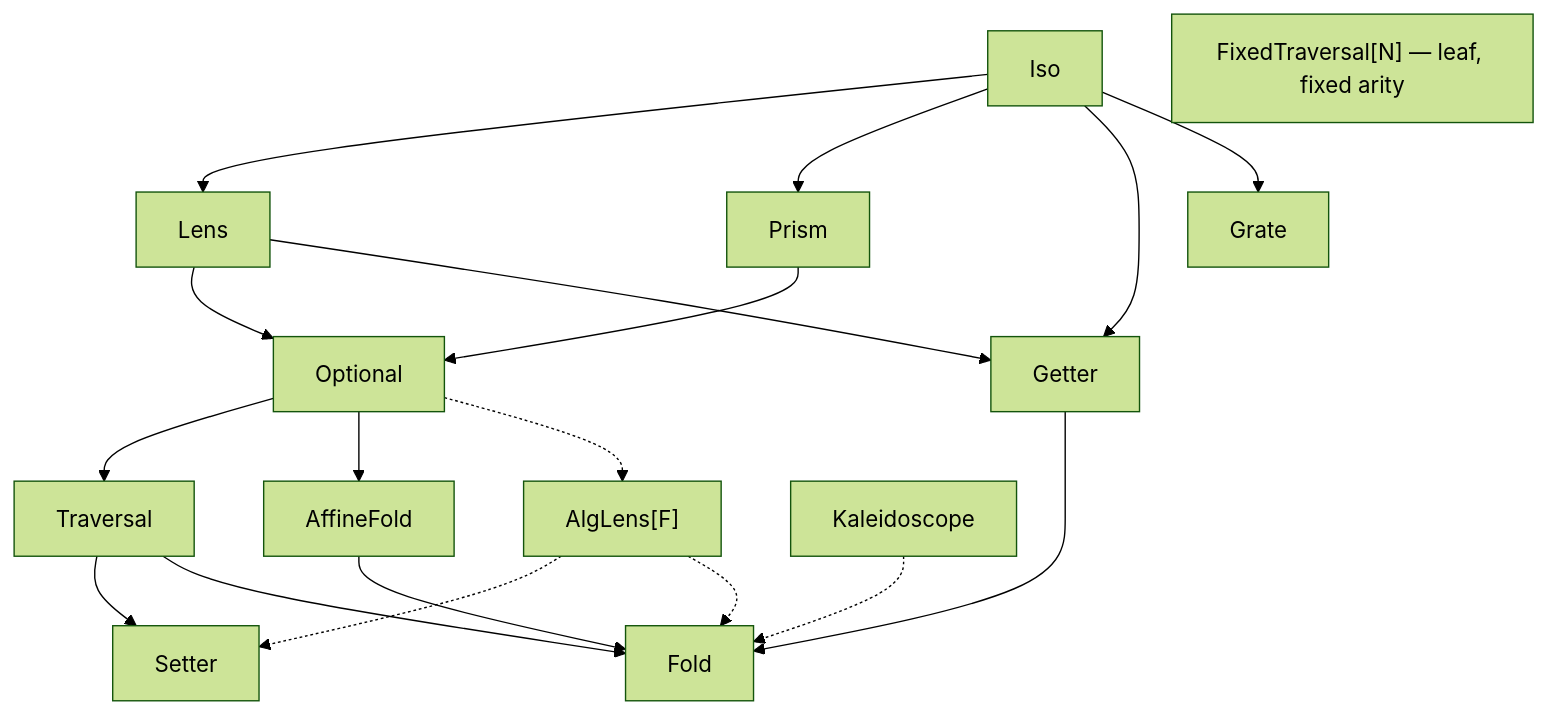
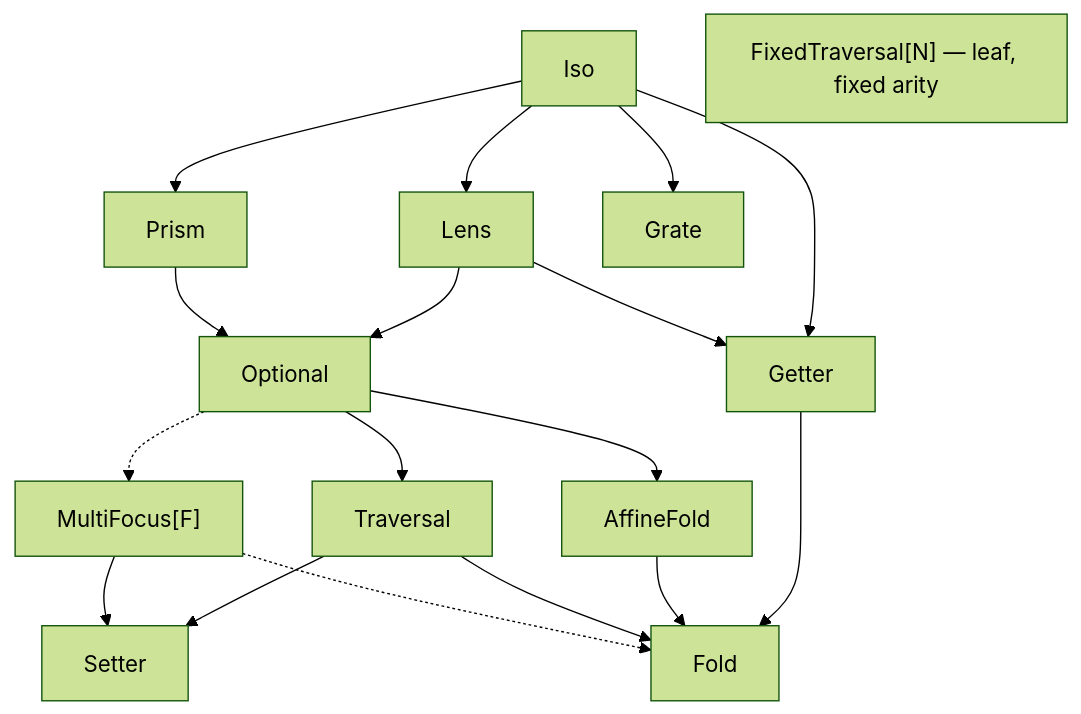
Before and after one commit to Constructive-Programming/eo: the diagram in site/docs/optics.md, drawn with Mermaid (forest theme). The commit also changed other lines of this file and 9 other files, not shown here.

First line of the commit message:
docs(multifocus): collapse AlgLens + Kaleidoscope sections; update lattice + cookbook

````diff
--- a/site/docs/optics.md
+++ b/site/docs/optics.md
@@ -20,54 +20,53 @@
 ```mermaid
 flowchart TD
   %% Read-write spine — Iso ⊏ {Lens, Prism} ⊏ Optional ⊏ Traversal ⊏ Setter.
   %% Each downward edge is a native specialisation; composing two adjacent
   %% families lands at the lower node by following both arrows down.
   Iso --> Lens
   Iso --> Prism
   Lens --> Optional
   Prism --> Optional
   Optional --> Traversal
   Traversal --> Setter
 
   %% Read-only branch — drops the write side (T = Unit). Every read-write
   %% family has a read-only counterpart that fans into Fold.
   Iso --> Getter
   Lens --> Getter
   Optional --> AffineFold
   Getter --> Fold
   AffineFold --> Fold
   Traversal --> Fold
 
   %% eo-only families that don't fit the classical lattice.
   %% Iso → Grate is the only natural inbound edge to Grate
   %% (gap analysis §0.3).
   Iso --> Grate
 
-  %% AlgLens[F] and Kaleidoscope are composition sinks: inbound
-  %% bridges from the classical families exist but no outbound
-  %% Composer ships. Dotted edges mark *degraded* conversions
-  %% (the fold loses classifier or applicative shape).
-  Optional -.-> AlgLens["AlgLens[F]"]
-  AlgLens -.-> Setter
-  AlgLens -.-> Fold
-  Kaleidoscope -.-> Fold
+  %% MultiFocus[F] is a composition sink: inbound bridges from the
+  %% classical families exist (and one outbound to Setter via
+  %% multifocus2setter), but every other outbound is by design U.
+  %% Dotted edges mark *degraded* conversions where the result loses
+  %% information the original carrier carried.
+  Optional -.-> MultiFocus["MultiFocus[F]"]
+  MultiFocus --> Setter
+  MultiFocus -.-> Fold
 
   %% FixedTraversal[N] sits beside Traversal, not below: same rebuild
   %% semantics, fixed arity, but no Composer in or out
   %% (composition-terminal leaf).
   FixedTraversal["FixedTraversal[N] — leaf, fixed arity"]
 
   click Iso "#iso"
   click Lens "#lens"
   click Prism "#prism"
   click Optional "#optional"
   click Traversal "#traversal"
   click Setter "#setter"
   click Getter "#getter"
   click AffineFold "#affinefold"
   click Fold "#fold"
   click Grate "#grate"
-  click AlgLens "#alglens"
-  click Kaleidoscope "#kaleidoscope"
+  click MultiFocus "#multifocus"
   click FixedTraversal "#traversal"
 ```
````
